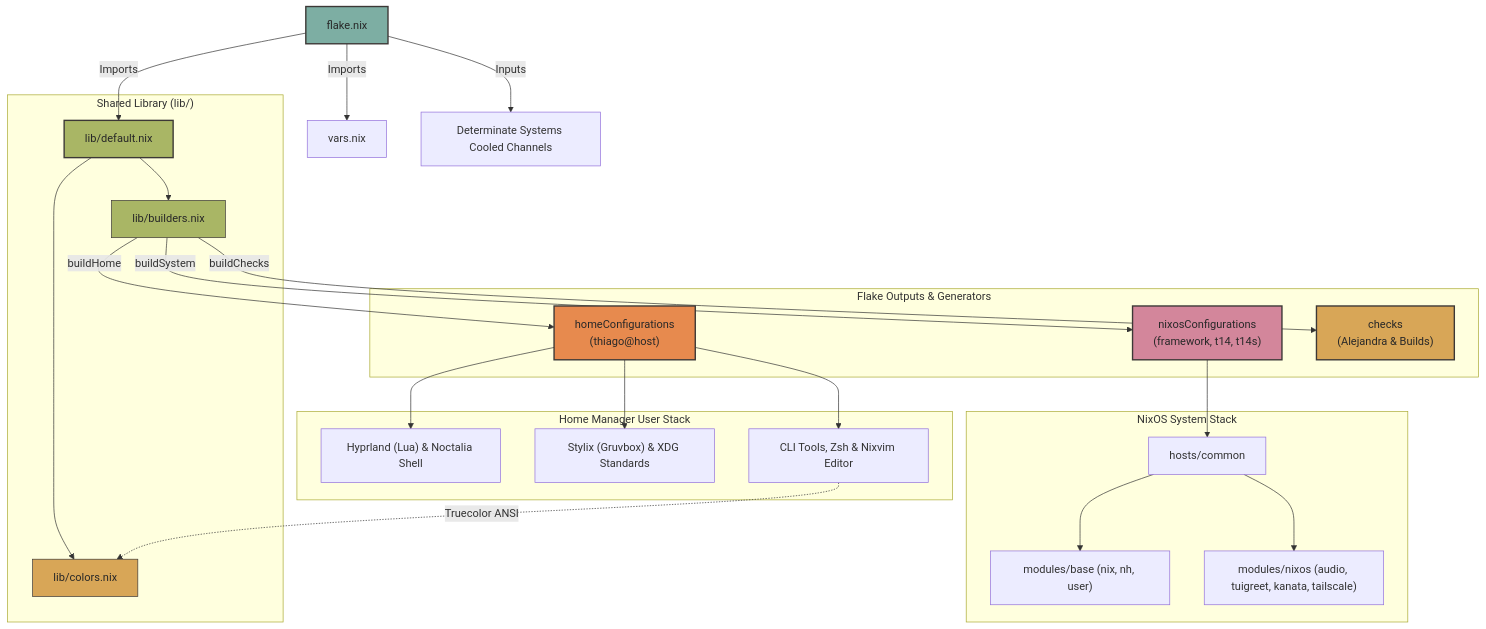
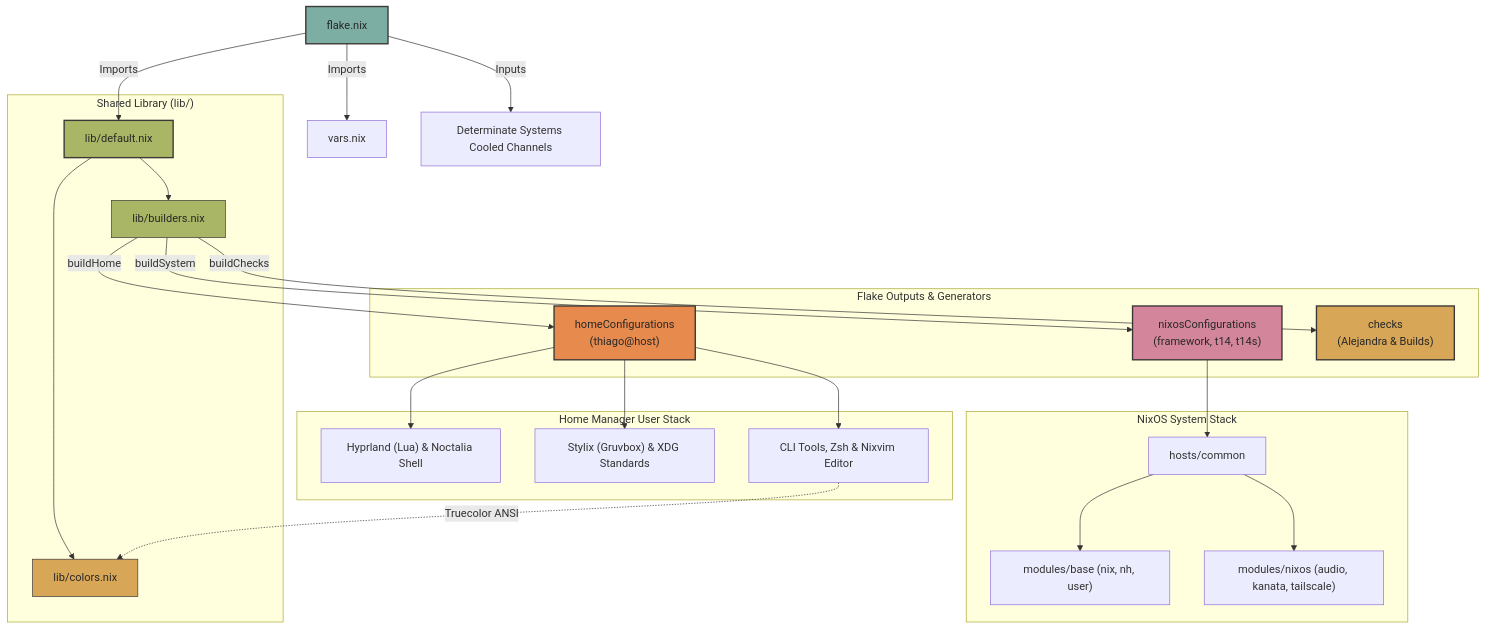
One commit to thiagokimo/nix-config changed the diagram in README.md. Above: the diagram before and after it, drawn with Mermaid. The commit also changed other lines of this file, not shown here.

````diff
--- a/README.md
+++ b/README.md
@@ -70,38 +70,38 @@
 ```mermaid
 graph TD
     Flake["flake.nix"] -->|Imports| Vars["vars.nix"]
     Flake -->|Imports| Lib["lib/default.nix"]
     Flake -->|Inputs| DetSys["Determinate Systems Cooled Channels"]
 
     subgraph CustomLib ["Shared Library (lib/)"]
         Lib --> Builders["lib/builders.nix"]
         Lib --> Colors["lib/colors.nix"]
     end
 
     subgraph Generators ["Flake Outputs & Generators"]
         Builders -->|buildSystem| NixOS["nixosConfigurations<br/>(framework, t14, t14s)"]
         Builders -->|buildHome| HomeM["homeConfigurations<br/>(thiago@host)"]
         Builders -->|buildChecks| Checks["checks<br/>(Alejandra & Builds)"]
     end
 
     subgraph NixOSStack ["NixOS System Stack"]
         NixOS --> Common["hosts/common"]
         Common --> Base["modules/base (nix, nh, user)"]
-        Common --> Services["modules/nixos (audio, tuigreet, kanata, tailscale)"]
+        Common --> Services["modules/nixos (audio, kanata, tailscale)"]
     end
 
     subgraph HMStack ["Home Manager User Stack"]
         HomeM --> Desktop["Hyprland (Lua) & Noctalia Shell"]
         HomeM --> Theming["Stylix (Gruvbox) & XDG Standards"]
         HomeM --> CLI["CLI Tools, Zsh & Nixvim Editor"]
         CLI -.->|Truecolor ANSI| Colors
     end
 
     style Flake fill:#7daea3,stroke:#3c3836,stroke-width:2px,color:#282828
     style Lib fill:#a9b665,stroke:#3c3836,stroke-width:2px,color:#282828
     style Builders fill:#a9b665,stroke:#3c3836,stroke-width:1px,color:#282828
     style Colors fill:#d8a657,stroke:#3c3836,stroke-width:1px,color:#282828
     style NixOS fill:#d3869b,stroke:#3c3836,stroke-width:2px,color:#282828
     style HomeM fill:#e78a4e,stroke:#3c3836,stroke-width:2px,color:#282828
     style Checks fill:#d8a657,stroke:#3c3836,stroke-width:2px,color:#282828
 ```
````
